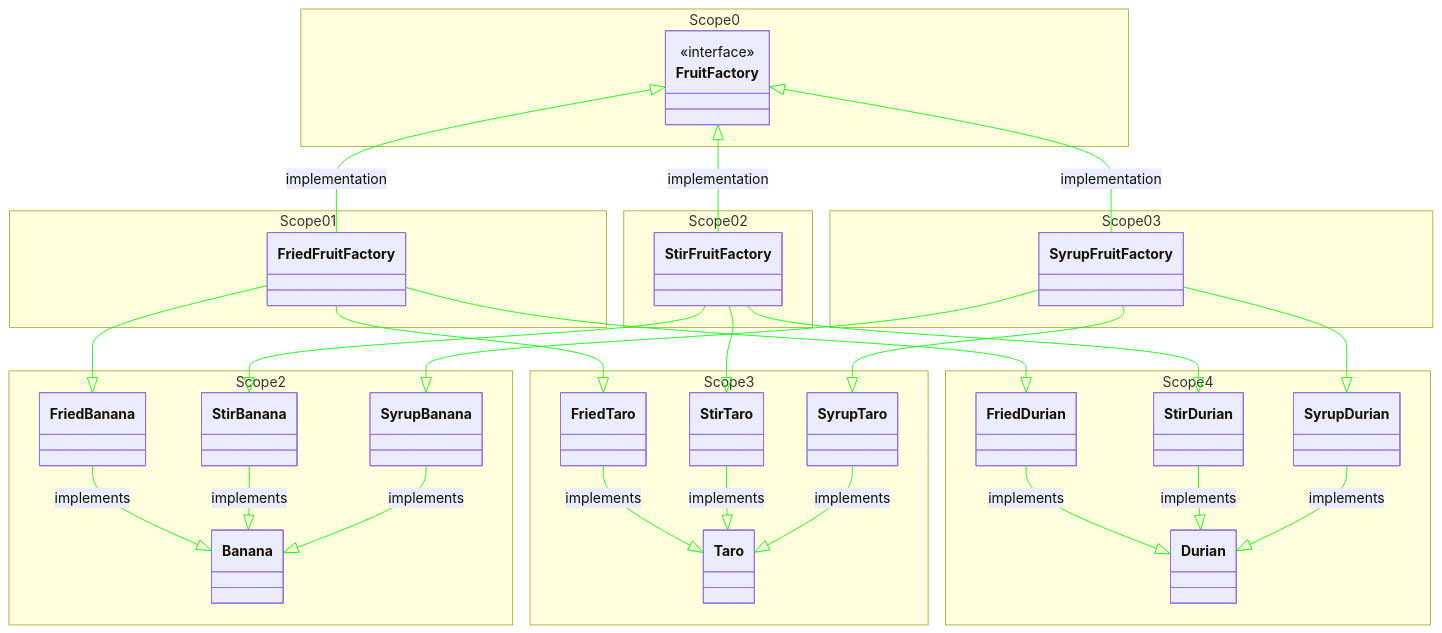
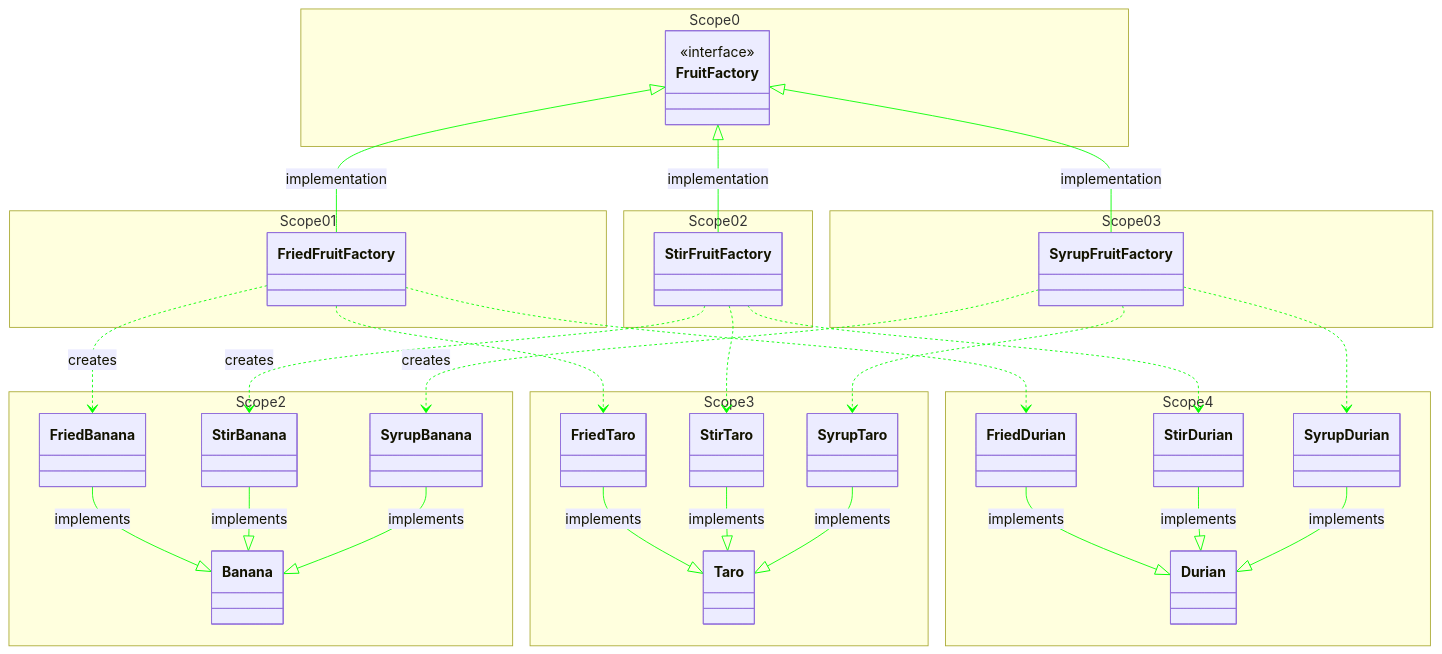
The diagram in Design_Pattern/test1.md (TaiChi112/Documents), drawn with Mermaid before and after one commit. The commit also changed 1 other file, not shown here.

Commit message:
docs: change lazy exaplain

````diff
--- a/Design_Pattern/test1.md
+++ b/Design_Pattern/test1.md
@@ -1,67 +1,71 @@
 ```mermaid
 classDiagram
 %%{
     init: {
     'themeVariables': {
-      'lineColor': '#0f0'
+      'lineColor': '#0f0',
+      'primaryColor': '#ff0000',
+      'primaryTextColor': '#000000',
+      'primaryBorderColor': '#ff0000',
+      'relationColor': '#ff6600'
     }
   }
 }%%
     direction TD
     namespace Scope0 {
         class FruitFactory { <<interface>> }
     }
     namespace Scope01 {
         class FriedFruitFactory
     }
     namespace Scope02 {
         class StirFruitFactory
     }
     namespace Scope03 {
         class SyrupFruitFactory
     }
     FruitFactory <|-- FriedFruitFactory : implementation
     FruitFactory <|-- StirFruitFactory : implementation
     FruitFactory <|-- SyrupFruitFactory : implementation
 
     namespace Scope2 {
         class FriedBanana
         class StirBanana
         class SyrupBanana
         class Banana
     }
     FriedBanana --|> Banana: implements
     StirBanana --|> Banana: implements
     SyrupBanana --|> Banana: implements
-    FriedFruitFactory --|> FriedBanana
-    StirFruitFactory --|> StirBanana
-    SyrupFruitFactory --|> SyrupBanana
+    FriedFruitFactory ..> FriedBanana : creates
+    StirFruitFactory ..> StirBanana : creates
+    SyrupFruitFactory ..> SyrupBanana : creates
     
     namespace Scope3 {
         class FriedTaro
         class SyrupTaro
         class StirTaro
         class Taro
     }
     FriedTaro --|> Taro: implements
     StirTaro --|> Taro: implements
     SyrupTaro --|> Taro: implements
-    FriedFruitFactory --|> FriedTaro
-    StirFruitFactory --|> StirTaro
-    SyrupFruitFactory --|> SyrupTaro
+    FriedFruitFactory ..> FriedTaro
+    StirFruitFactory ..> StirTaro
+    SyrupFruitFactory ..> SyrupTaro
 
     namespace Scope4 {
         class FriedDurian
         class StirDurian
         class SyrupDurian
         class Durian
+    }
 
-    }
     FriedDurian --|> Durian: implements
     StirDurian --|> Durian: implements
     SyrupDurian --|> Durian: implements
-    FriedFruitFactory --|> FriedDurian
-    StirFruitFactory --|> StirDurian
-    SyrupFruitFactory --|> SyrupDurian
+    FriedFruitFactory ..> FriedDurian
+    StirFruitFactory ..> StirDurian
+    SyrupFruitFactory ..> SyrupDurian
 
 ```
````
